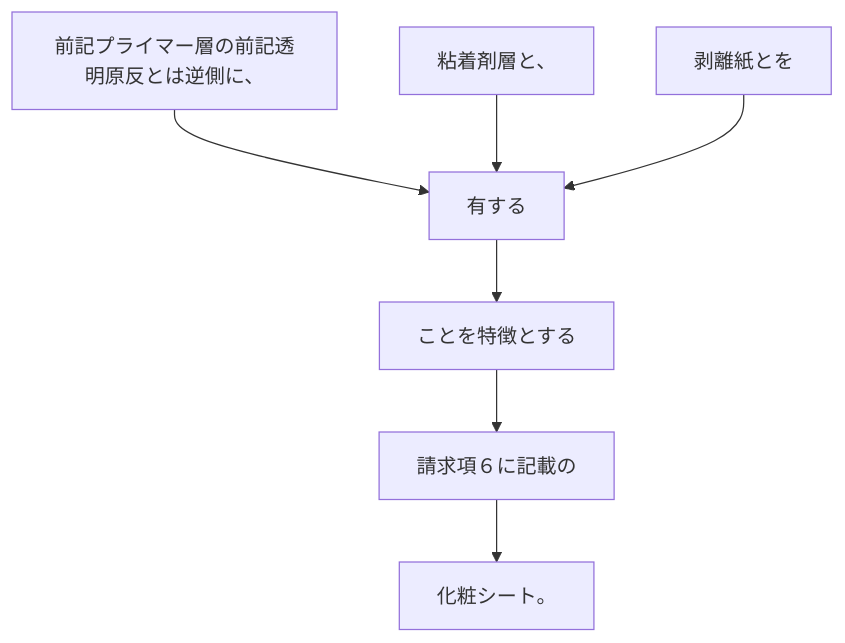
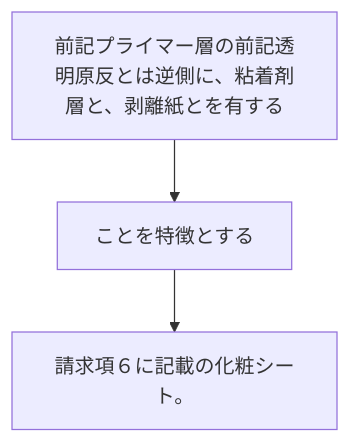
Before and after one commit to shinmori55/patent_analyzed: the diagram in 2024/JP2024006643A/claim_7/README.md, drawn with Mermaid. The commit also changed 31 other files, not shown here.

````diff
--- a/2024/JP2024006643A/claim_7/README.md
+++ b/2024/JP2024006643A/claim_7/README.md
@@ -2,16 +2,8 @@
 ```mermaid
 flowchart TD
-A[前記プライマー層の前記透明原反とは逆側に、]
-B[粘着剤層と、]
-C[剥離紙とを]
-D[有する]
-E[ことを特徴とする]
-F[請求項６に記載の]
-G[化粧シート。]
-A --> D
-B --> D
-C --> D
-D --> E
-E --> F
-F --> G
+A[前記プライマー層の前記透明原反とは逆側に、粘着剤層と、剥離紙とを有する]
+B[ことを特徴とする]
+C[請求項６に記載の化粧シート。]
+A --> B
+B --> C
 ```
````
